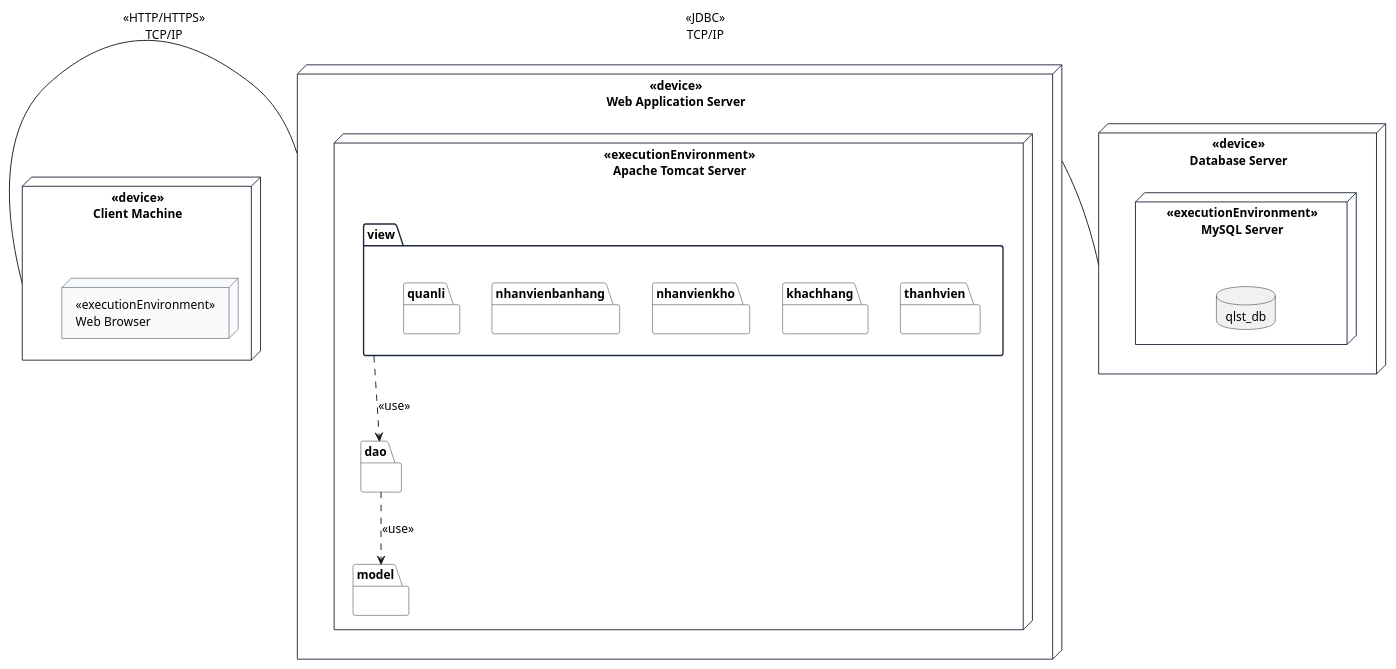
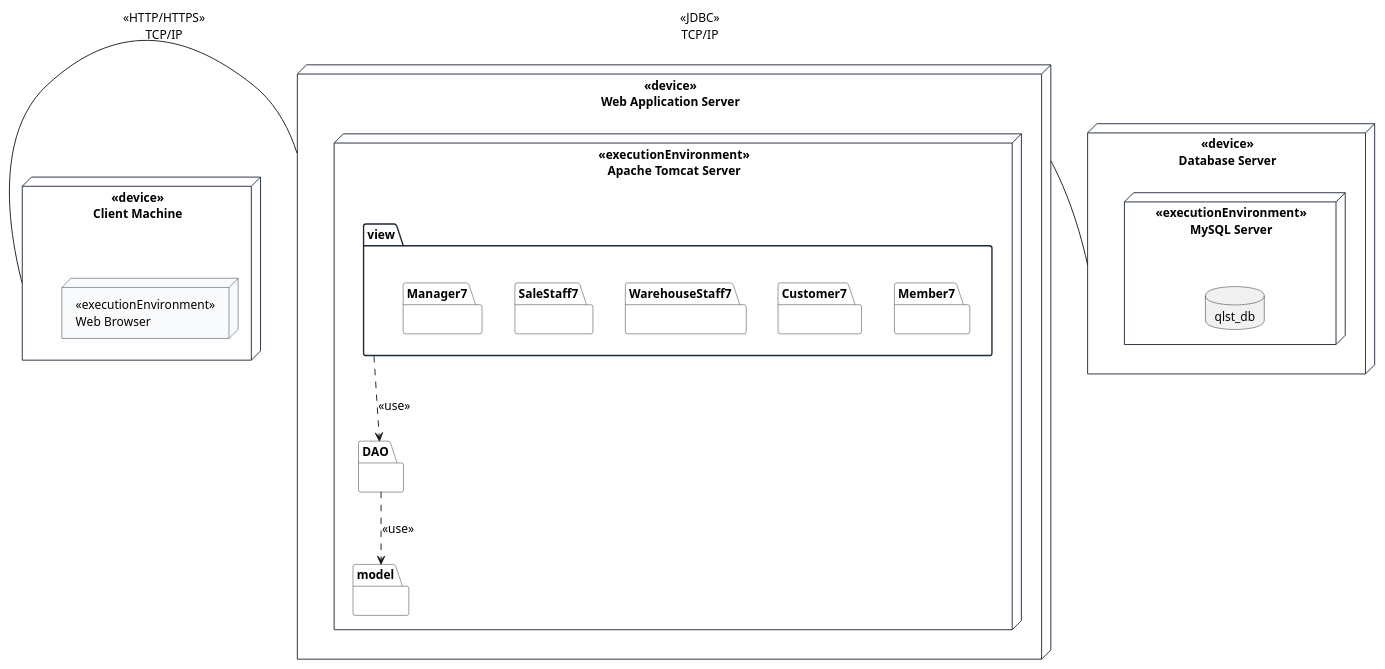
The diagram in deployment_qlst_7.puml (PhanBinh18/QLST-PTTK), drawn with PlantUML before and after one commit. The commit also changed 12 other files, not shown here.

Commit message:
docs(report): synthesize full report 8B23DCCN087.docx and align PlantUML diagrams

```diff
--- a/deployment_qlst_7.puml
+++ b/deployment_qlst_7.puml
@@ -1,52 +1,52 @@
 @startuml
 skinparam shadowing false
 skinparam defaultFontName Arial
 skinparam defaultFontSize 13
 skinparam node {
   BackgroundColor #F8FAFC
   BorderColor #1E293B
 }
 skinparam package {
   BackgroundColor #FFFFFF
   BorderColor #1E293B
 }
 
 node "<<device>>\nClient Machine" as client {
   node "<<executionEnvironment>>\nWeb Browser" as browser {
   }
 }
 
 node "<<device>>\nWeb Application Server" as webserver {
   node "<<executionEnvironment>>\nApache Tomcat Server" as tomcat {
     package "view" {
-      package "thanhvien" {
+      package "Member7" {
       }
-      package "khachhang" {
+      package "Customer7" {
       }
-      package "nhanvienkho" {
+      package "WarehouseStaff7" {
       }
-      package "nhanvienbanhang" {
+      package "SaleStaff7" {
       }
-      package "quanli" {
+      package "Manager7" {
       }
     }
-    package "dao" {
+    package "DAO" {
     }
     package "model" {
     }
 
-    view ..> dao : <<use>>
-    dao ..> model : <<use>>
+    view ..> DAO : <<use>>
+    DAO ..> model : <<use>>
   }
 }
 
 node "<<device>>\nDatabase Server" as dbserver {
   node "<<executionEnvironment>>\nMySQL Server" as mysql {
     database "qlst_db" {
     }
   }
 }
 
 client -right- webserver : <<HTTP/HTTPS>>\nTCP/IP
 webserver -right- dbserver : <<JDBC>>\nTCP/IP
 @enduml
```
